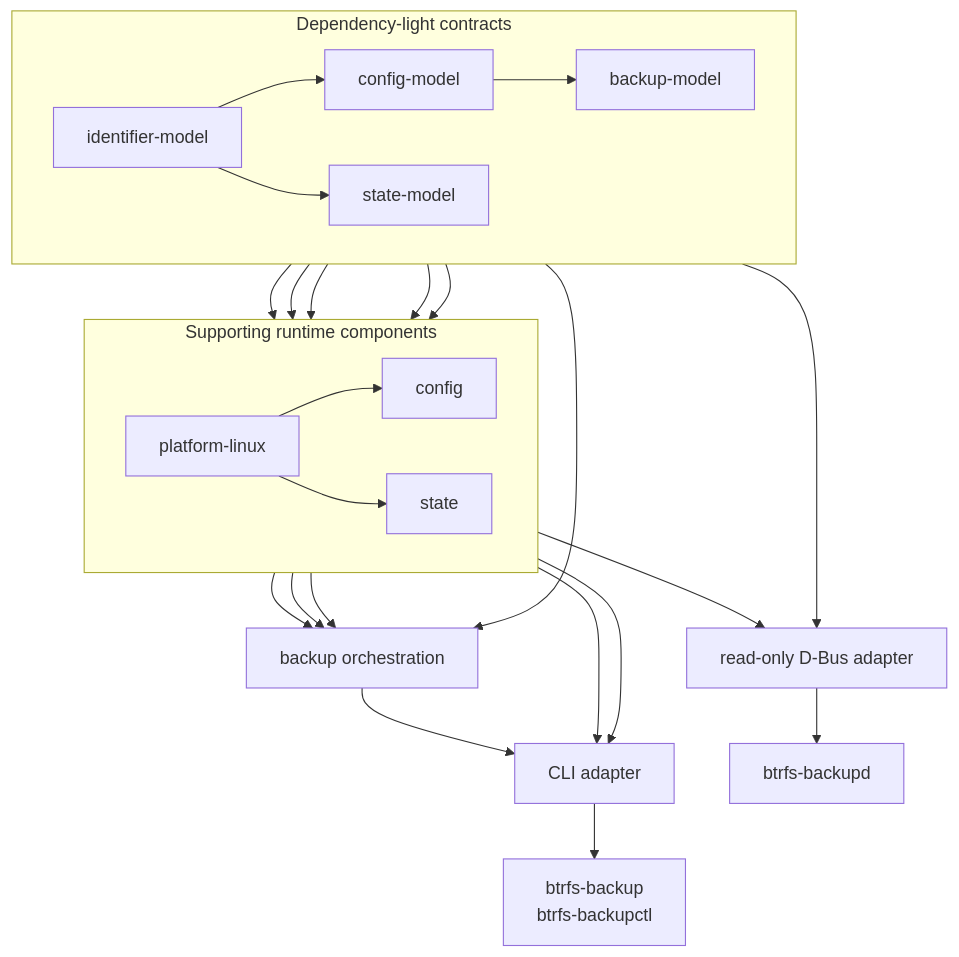
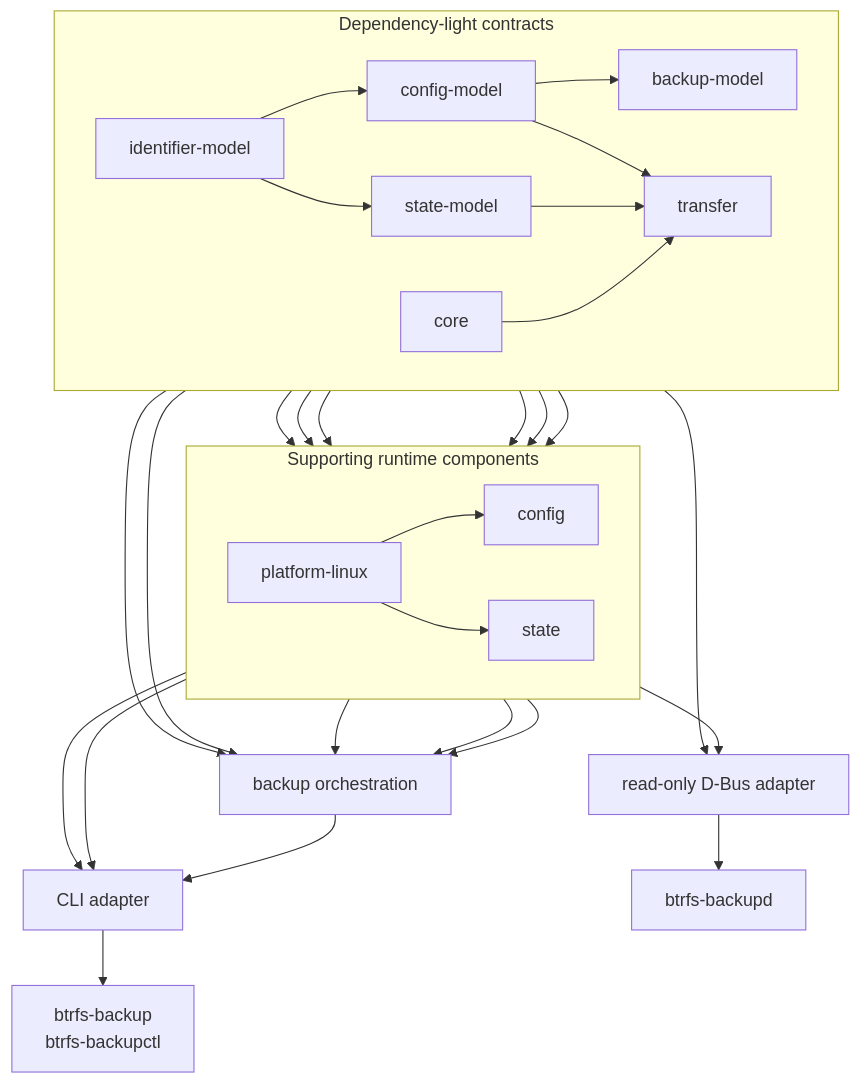
Before and after one commit to kapiwko/btrfs-backup: the diagram in docs/cpp-layout.md, drawn with Mermaid. The commit also changed other lines of this file and 41 other files, not shown here.

````diff
--- a/docs/cpp-layout.md
+++ b/docs/cpp-layout.md
@@ -29,45 +31,52 @@
 ```mermaid
 flowchart TB
     subgraph contracts[Dependency-light contracts]
         direction LR
         identifiers[identifier-model]
+        core[core]
         config_model[config-model]
         state_model[state-model]
         backup_model[backup-model]
+        transfer[transfer]
 
         identifiers --> config_model
         identifiers --> state_model
         config_model --> backup_model
+        core --> transfer
+        config_model --> transfer
+        state_model --> transfer
     end
 
     subgraph support[Supporting runtime components]
         direction LR
         platform[platform-linux]
         config[config]
         state[state]
     end
 
     backup[backup orchestration]
     cli[CLI adapter]
     daemon[read-only D-Bus adapter]
 
     config_model --> platform
     backup_model --> platform
+    transfer --> platform
     config_model --> config
     platform --> config
     config_model --> state
     state_model --> state
     platform --> state
     backup_model --> backup
+    transfer --> backup
     platform --> backup
     config --> backup
     state --> backup
     backup --> cli
     config --> cli
     state --> cli
     config_model --> daemon
     platform --> daemon
 
     cli --> executables[btrfs-backup<br/>btrfs-backupctl]
     daemon --> manager[btrfs-backupd]
 ```
````
